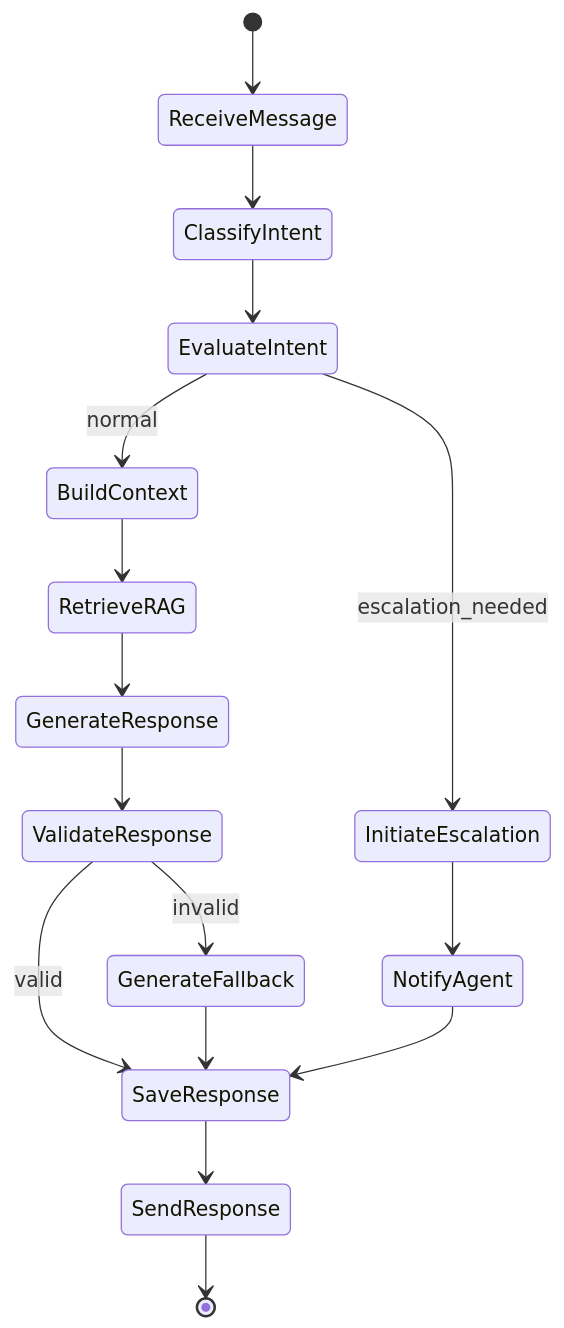
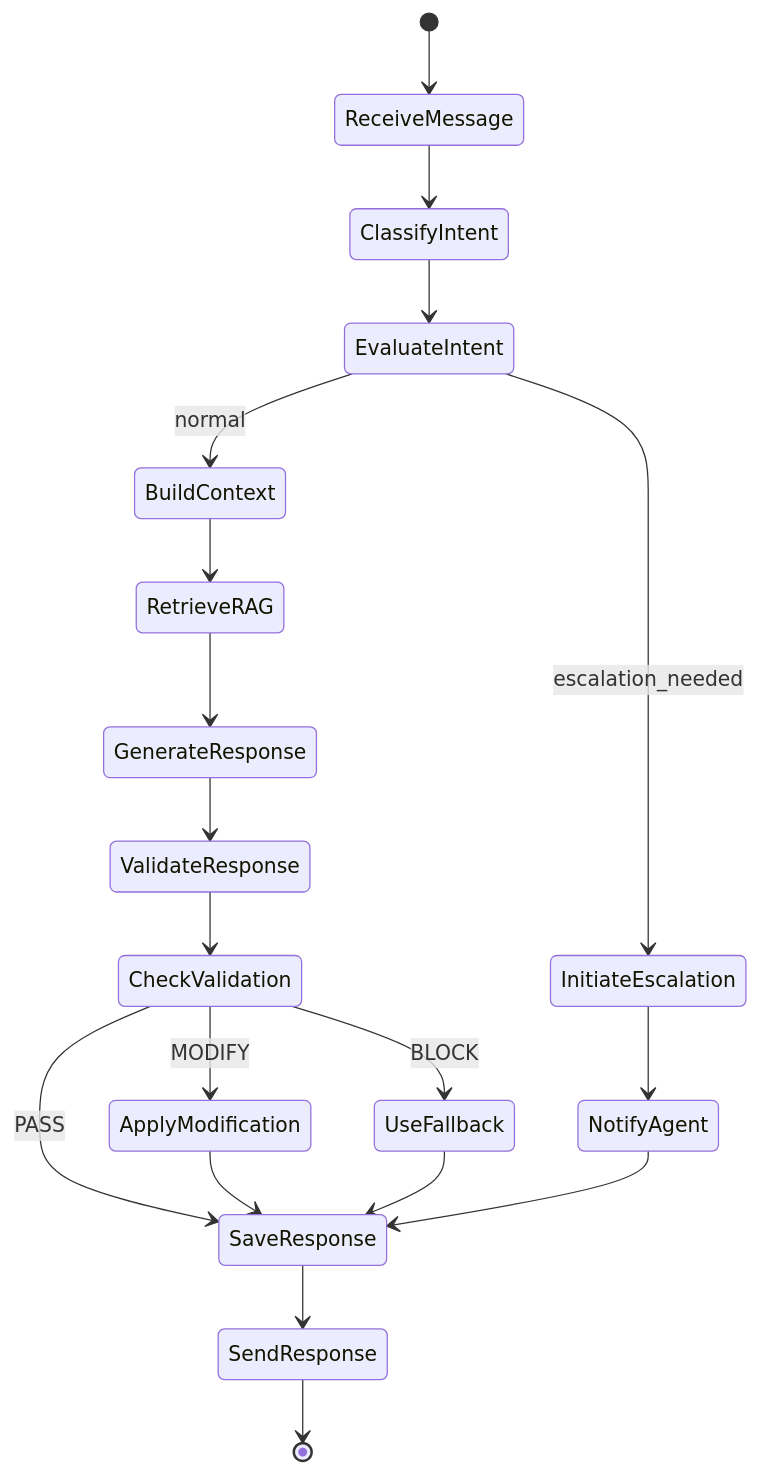
Diagram 15 of 24 in docs/architecture/data-flow.md (jujubear24/ai-customer-service-bot), drawn with Mermaid before and after one commit. The commit also changed other lines of this file and 3 other files, not shown here.

````diff
--- a/docs/architecture/data-flow.md
+++ b/docs/architecture/data-flow.md
@@ -559,25 +810,28 @@
 ```mermaid
 stateDiagram-v2
     [*] --> ReceiveMessage
 
     ReceiveMessage --> ClassifyIntent
     ClassifyIntent --> EvaluateIntent
 
     EvaluateIntent --> BuildContext: normal
     EvaluateIntent --> InitiateEscalation: escalation_needed
 
     BuildContext --> RetrieveRAG
     RetrieveRAG --> GenerateResponse
     GenerateResponse --> ValidateResponse
 
-    ValidateResponse --> SaveResponse: valid
-    ValidateResponse --> GenerateFallback: invalid
+    ValidateResponse --> CheckValidation
+    CheckValidation --> SaveResponse: PASS
+    CheckValidation --> ApplyModification: MODIFY
+    CheckValidation --> UseFallback: BLOCK
 
-    GenerateFallback --> SaveResponse
+    ApplyModification --> SaveResponse
+    UseFallback --> SaveResponse
 
     InitiateEscalation --> NotifyAgent
     NotifyAgent --> SaveResponse
 
     SaveResponse --> SendResponse
     SendResponse --> [*]
 ```
````
